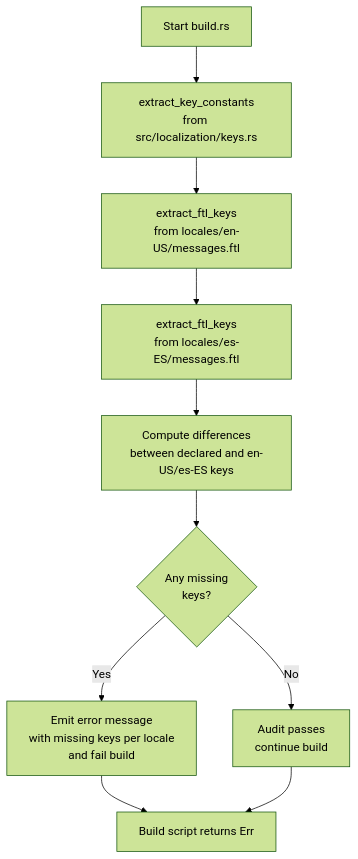
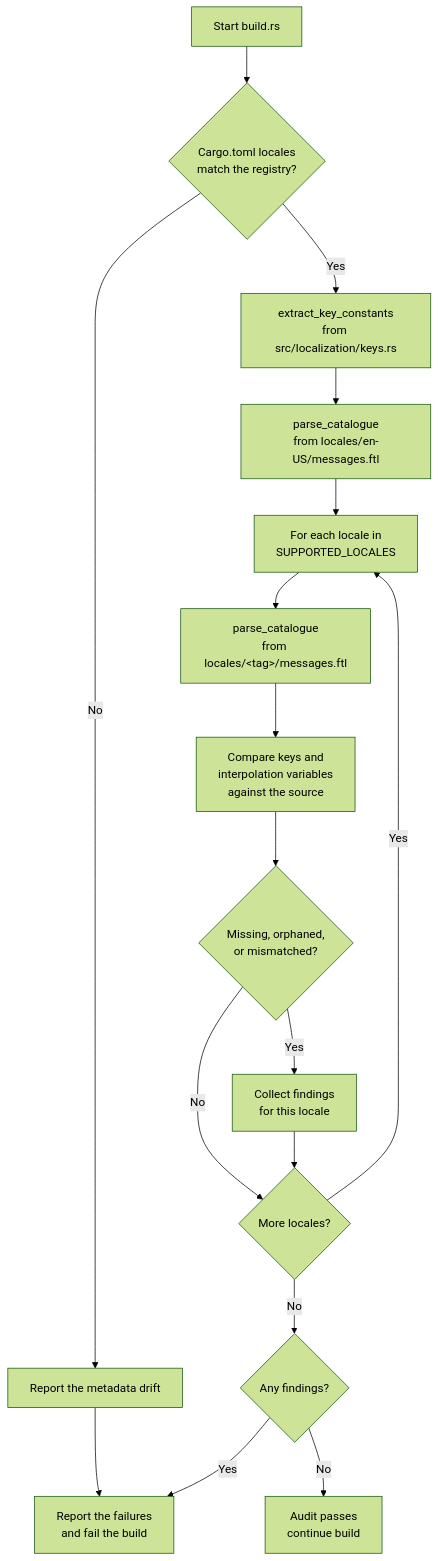
The tenth of 13 diagrams in docs/netsuke-design.md (leynos/netsuke), drawn with Mermaid (forest theme) before and after one commit. The commit also changed other lines of this file and 82 other files, not shown here.

First line of the commit message:
Expand Fluent localization to 34 locales (#466) (#500)

````diff
--- a/docs/netsuke-design.md
+++ b/docs/netsuke-design.md
@@ -2530,15 +2584,23 @@
 ```mermaid
 flowchart TD
-    A_Start["Start build.rs"] --> B_ReadKeys
-    B_ReadKeys["extract_key_constants<br/>from src/localization/keys.rs"] --> C_ReadEn
-    C_ReadEn["extract_ftl_keys<br/>from locales/en-US/messages.ftl"] --> D_ReadEs
-    D_ReadEs["extract_ftl_keys<br/>from locales/es-ES/messages.ftl"] --> E_Compare
+    A_Start["Start build.rs"] --> B_Metadata
+    B_Metadata{"Cargo.toml locales<br/>match the registry?"} -->|No| N_Drift
+    N_Drift["Report the metadata drift"] --> M_Fail
+    B_Metadata -->|Yes| C_ReadKeys
+    C_ReadKeys["extract_key_constants<br/>from src/localization/keys.rs"] --> D_ReadSource
+    D_ReadSource["parse_catalogue<br/>from locales/en-US/messages.ftl"] --> E_Loop
 
-    E_Compare["Compute differences<br/>between declared and en-US/es-ES keys"] --> F_CheckMissing
+    E_Loop["For each locale in<br/>SUPPORTED_LOCALES"] --> F_Parse
+    F_Parse["parse_catalogue<br/>from locales/&lt;tag&gt;/messages.ftl"] --> G_Compare
+    G_Compare["Compare keys and<br/>interpolation variables<br/>against the source"] --> I_Check
 
-    F_CheckMissing{"Any missing<br/>keys?"} -->|No| G_Success["Audit passes<br/>continue build"]
-    F_CheckMissing -->|Yes| H_Error["Emit error message<br/>with missing keys per locale<br/>and fail build"]
+    I_Check{"Missing, orphaned,<br/>or mismatched?"} -->|No| J_Next
+    I_Check -->|Yes| H_Error["Collect findings<br/>for this locale"]
+    H_Error --> J_Next
 
-    H_Error --> I_End["Build script returns Err"]
-    G_Success --> I_End
+    J_Next{"More locales?"} -->|Yes| E_Loop
+    J_Next -->|No| K_Verdict
+
+    K_Verdict{"Any findings?"} -->|No| L_Success["Audit passes<br/>continue build"]
+    K_Verdict -->|Yes| M_Fail["Report the failures<br/>and fail the build"]
 ```
````
